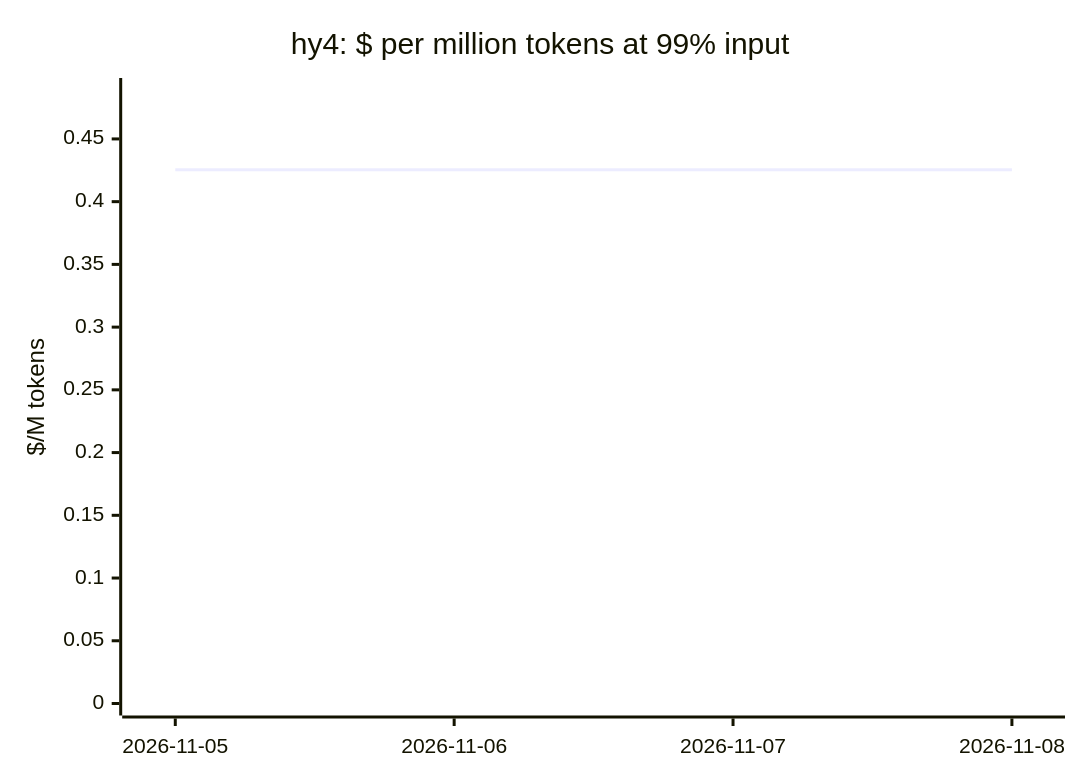
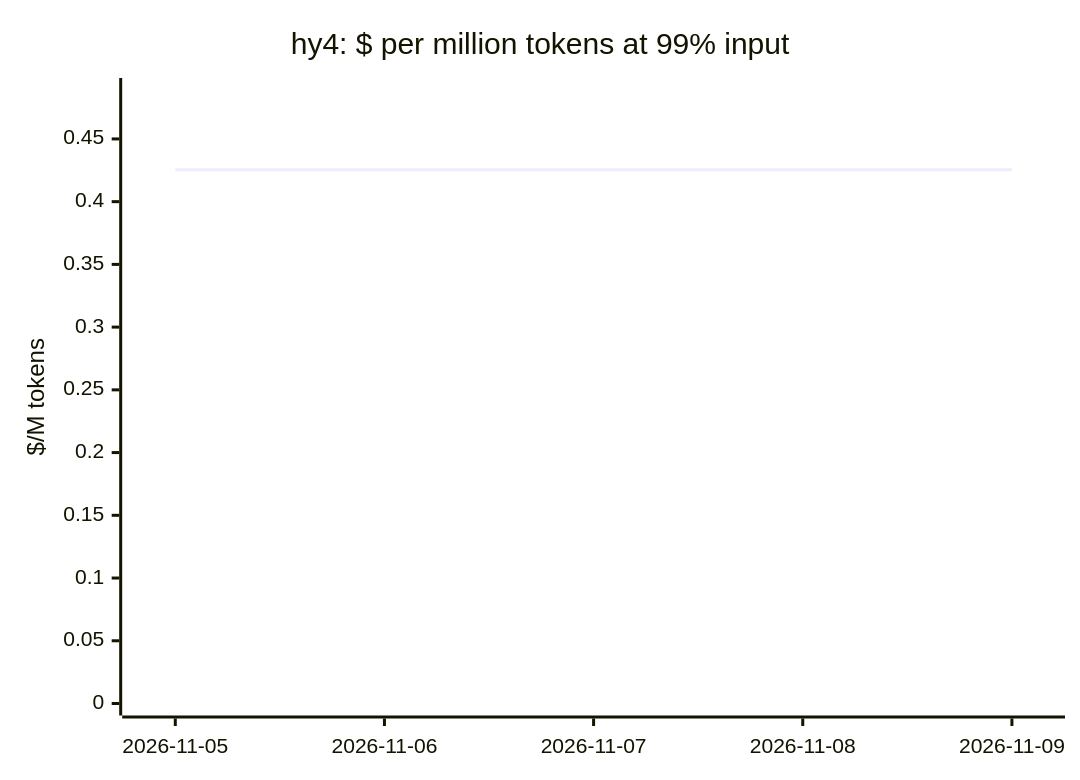
Diagram 16 of 20 in docs/openrouter-models.md (cklukas/OMEGA_TRANSFORM), drawn with Mermaid before and after one commit. The commit also changed other lines of this file and 47 other files, not shown here.

````diff
--- a/docs/openrouter-models.md
+++ b/docs/openrouter-models.md
@@ -278,7 +278,7 @@
 ```mermaid
 xychart-beta
     title "hy4: $ per million tokens at 99% input"
-    x-axis ["2026-11-05", "2026-11-06", "2026-11-07", "2026-11-08"]
+    x-axis ["2026-11-05", "2026-11-06", "2026-11-07", "2026-11-08", "2026-11-09"]
     y-axis "$/M tokens" 0 --> 0.489
-    line [0.4254, 0.4254, 0.4254, 0.4254]
+    line [0.4254, 0.4254, 0.4254, 0.4254, 0.4254]
 ```
````
